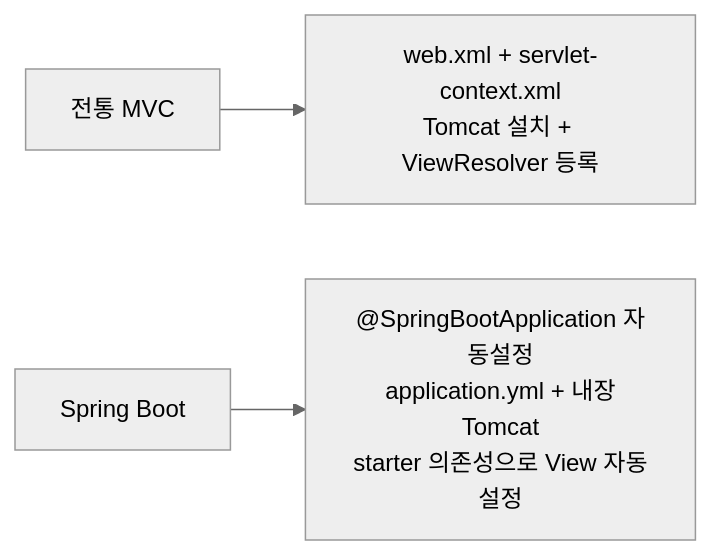
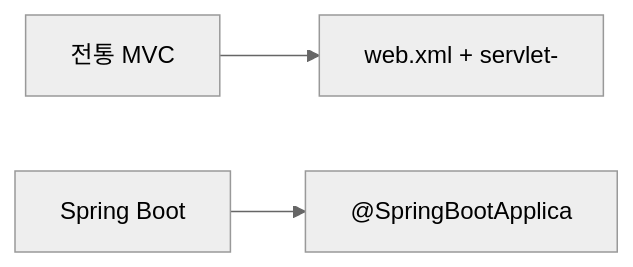
One commit to yjkim2015/yjkim2015.github.io changed the fifth of 5 diagrams in _posts/spring/2020-08-10-스프링 동작 구조.md. Above: the diagram before and after it, drawn with Mermaid (neutral theme). The commit also changed other lines of this file and 271 other files, not shown here.

First line of the commit message:
Mermaid 라벨 축소: 긴 노드 텍스트 18자 이하로 트림 + \n 제거

````diff
--- a/_posts/spring/2020-08-10-스프링 동작 구조.md
+++ b/_posts/spring/2020-08-10-스프링 동작 구조.md
@@ -207,5 +207,5 @@
 ```mermaid
 graph LR
-    OLD["전통 MVC"] --> O["web.xml + servlet-context.xml\nTomcat 설치 + ViewResolver 등록"]
-    NEW["Spring Boot"] --> N["@SpringBootApplication 자동설정\napplication.yml + 내장Tomcat\nstarter 의존성으로 View 자동설정"]
+    OLD["전통 MVC"] --> O["web.xml + servlet-"]
+    NEW["Spring Boot"] --> N["@SpringBootApplica"]
 ```
````
